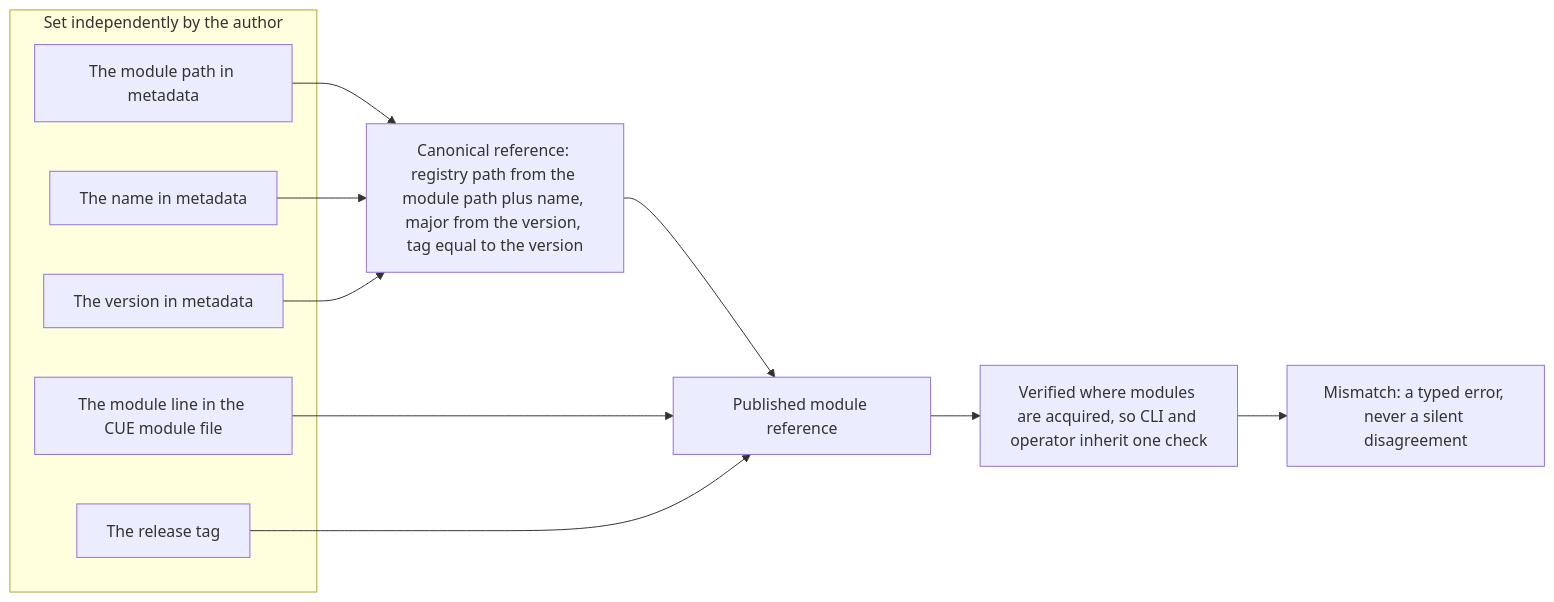
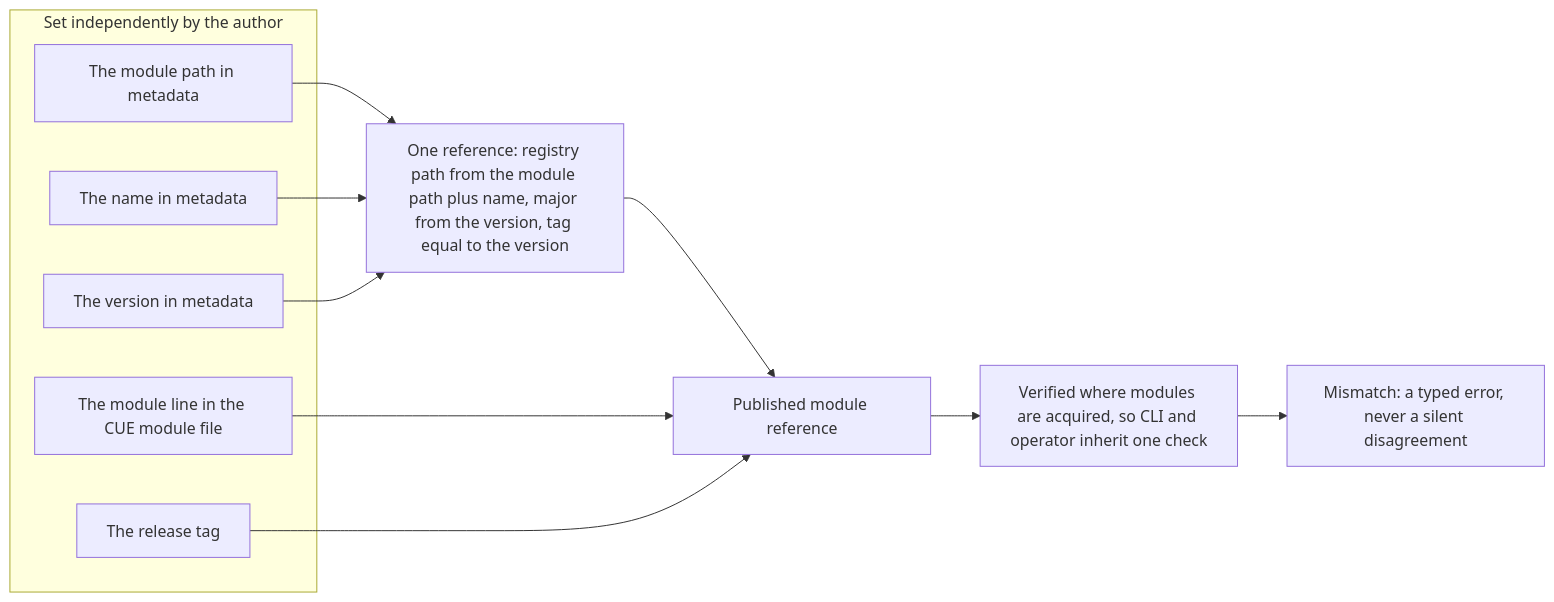
Before and after one commit to open-platform-model/enhancements: the diagram in archive/0003/README.md, drawn with Mermaid. The commit also changed other lines of this file and 13 other files, not shown here.

````diff
--- a/archive/0003/README.md
+++ b/archive/0003/README.md
@@ -21,18 +25,18 @@
 ```mermaid
 flowchart LR
     subgraph authored ["Set independently by the author"]
         mp["The module path in metadata"]
         nm["The name in metadata"]
         ver["The version in metadata"]
         modline["The module line in the CUE module file"]
         tag["The release tag"]
     end
     mp --> canon
     nm --> canon
     ver --> canon
-    canon["Canonical reference: registry path from the module path plus name, major from the version, tag equal to the version"] --> ref["Published module reference"]
+    canon["One reference: registry path from the module path plus name, major from the version, tag equal to the version"] --> ref["Published module reference"]
     modline --> ref
     tag --> ref
     ref --> acquire["Verified where modules are acquired, so CLI and operator inherit one check"]
     acquire --> err["Mismatch: a typed error, never a silent disagreement"]
 ```
````
